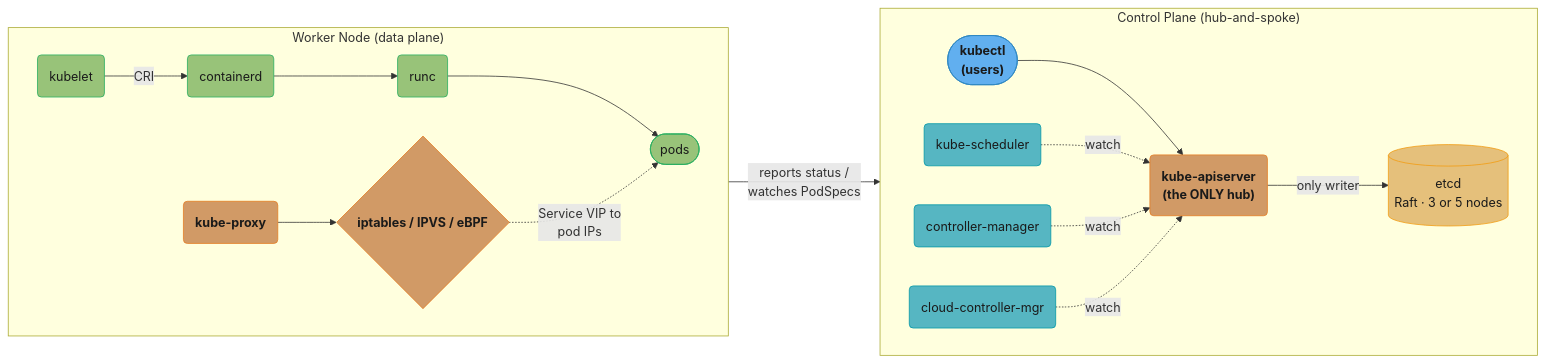
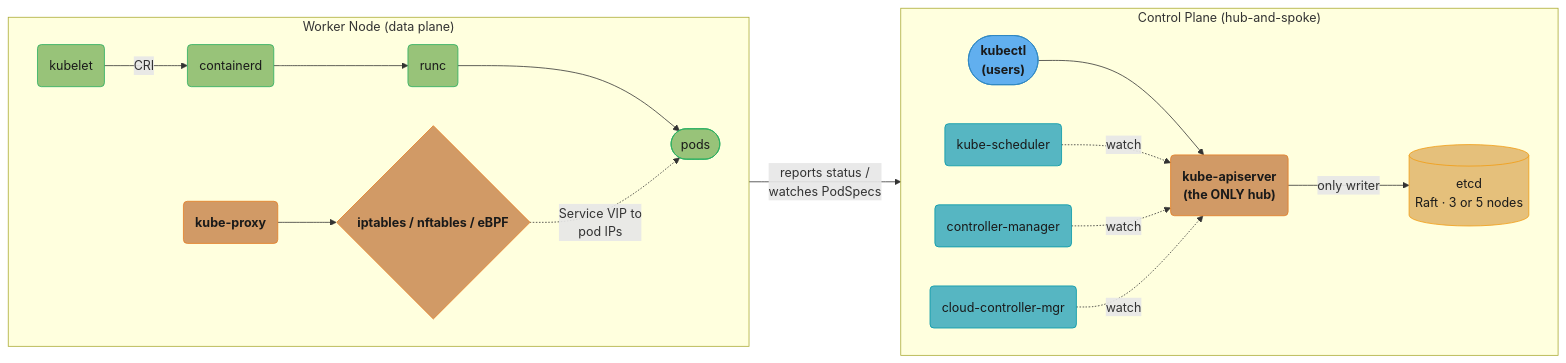
Before and after one commit to rppol/system-design: the first of 6 diagrams in src/main/java/com/rutik/systemdesign/devops/kubernetes_architecture/kubernetes_architecture.md, drawn with Mermaid. The commit also changed other lines of this file and 32 other files, not shown here.

````diff
--- a/src/main/java/com/rutik/systemdesign/devops/kubernetes_architecture/kubernetes_architecture.md
+++ b/src/main/java/com/rutik/systemdesign/devops/kubernetes_architecture/kubernetes_architecture.md
@@ -120,50 +120,50 @@
 ```mermaid
 flowchart LR
     classDef io      fill:#61afef,stroke:#2e86c1,color:#1a1a1a,font-weight:bold
     classDef frozen  fill:#c678dd,stroke:#9b59b6,color:#fff
     classDef train   fill:#98c379,stroke:#27ae60,color:#1a1a1a
     classDef mathOp  fill:#d19a66,stroke:#e67e22,color:#1a1a1a,font-weight:bold
     classDef lossN   fill:#e06c75,stroke:#c0392b,color:#fff,font-weight:bold
     classDef req     fill:#56b6c2,stroke:#0097a7,color:#1a1a1a
     classDef base    fill:#e5c07b,stroke:#f39c12,color:#1a1a1a
 
     subgraph CP["Control Plane (hub-and-spoke)"]
         direction LR
         kubectl(["kubectl<br/>(users)"])
         apiserver("kube-apiserver<br/>(the ONLY hub)")
         scheduler("kube-scheduler")
         ctrlmgr("controller-manager")
         cloudctrl("cloud-controller-mgr")
         etcd[("etcd<br/>Raft · 3 or 5 nodes")]
 
         kubectl --> apiserver
         scheduler -.->|"watch"| apiserver
         ctrlmgr -.->|"watch"| apiserver
         cloudctrl -.->|"watch"| apiserver
         apiserver -->|"only writer"| etcd
     end
 
     subgraph WN["Worker Node (data plane)"]
         direction LR
         kubelet("kubelet")
         containerd("containerd")
         runc("runc")
         pods(["pods"])
         kubeproxy("kube-proxy")
-        netrules{"iptables / IPVS / eBPF"}
+        netrules{"iptables / nftables / eBPF"}
 
         kubelet -->|"CRI"| containerd --> runc --> pods
         kubeproxy --> netrules
         netrules -.->|"Service VIP to<br/>pod IPs"| pods
     end
 
     kubelet -->|"reports status /<br/>watches PodSpecs"| apiserver
 
     class kubectl io
     class apiserver mathOp
     class scheduler,ctrlmgr,cloudctrl req
     class etcd base
     class kubelet,containerd,runc,pods train
     class kubeproxy mathOp
     class netrules mathOp
 ```
````
